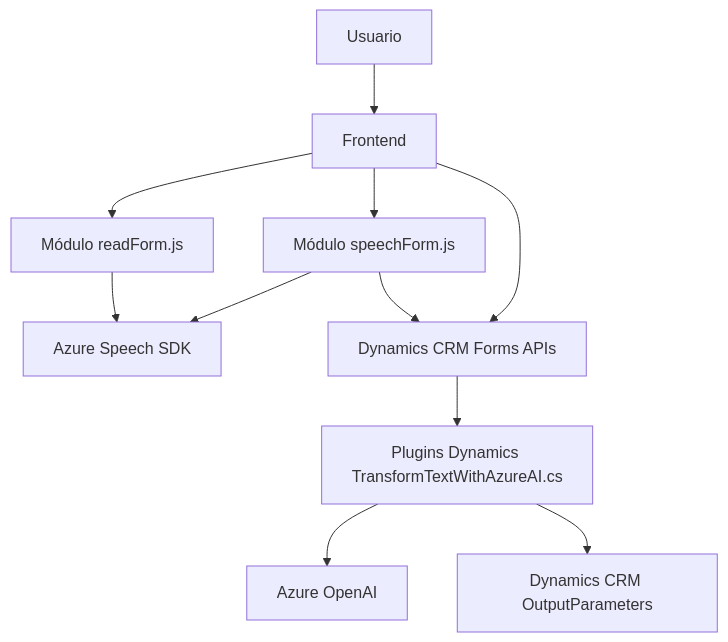
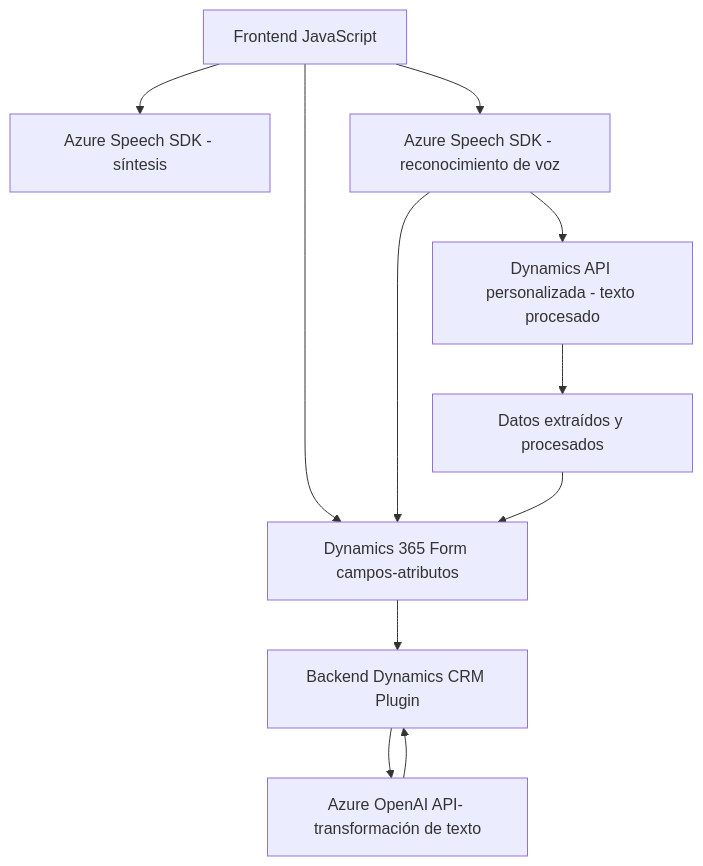
The diagram in README.md (blopezdm/NETCORE_BILBAO2025), drawn with Mermaid before and after one commit. The commit also changed other lines of this file, not shown here.

````diff
--- a/README.md
+++ b/README.md
@@ -56,15 +47,14 @@
 ```mermaid
 graph TD
-    A["Usuario"] --> B["Frontend"]
-    B --> C["Módulo readForm.js"]
-    B --> D["Módulo speechForm.js"]
-    C --> E["Azure Speech SDK"]
-    D --> E
+  A["Frontend JavaScript"] --> B["Dynamics 365 Form campos-atributos"]
+  A --> C["Azure Speech SDK - síntesis"]
+  A --> D["Azure Speech SDK - reconocimiento de voz"]
+  D --> B
+  D --> E["Dynamics API personalizada - texto procesado"]
+  E --> F["Datos extraídos y procesados"]
+  F --> B
 
-    D --> F["Dynamics CRM Forms APIs"]
-    B --> F
-
-    F --> G["Plugins Dynamics TransformTextWithAzureAI.cs"]
-    G --> H["Azure OpenAI"]
-    G --> I["Dynamics CRM OutputParameters"]
+  B --> G["Backend Dynamics CRM Plugin"]
+  G --> H["Azure OpenAI API- transformación de texto"]
+  H --> G
 ```
````
